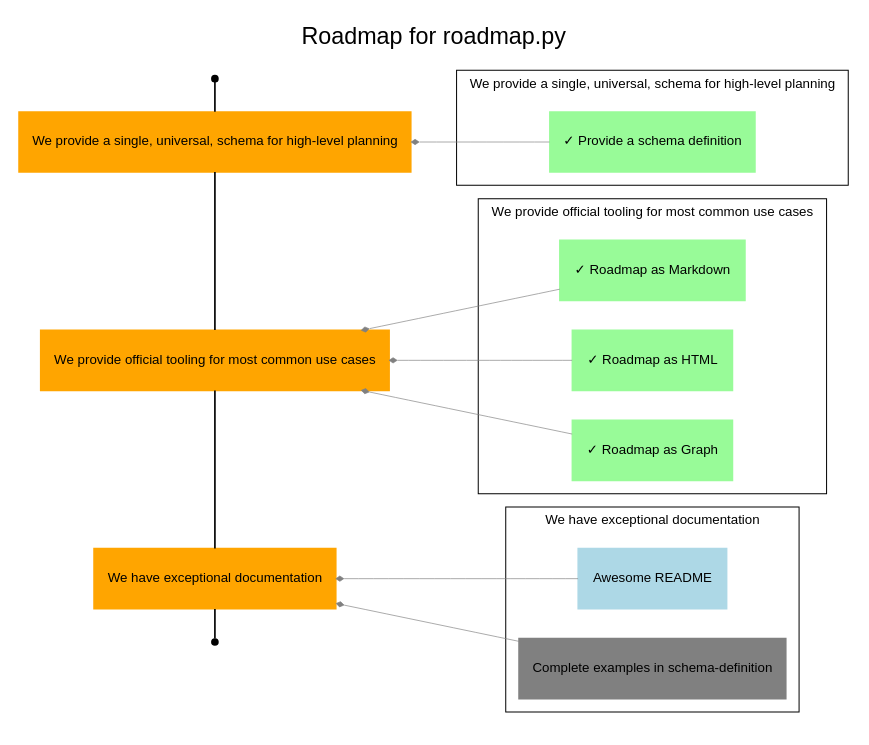
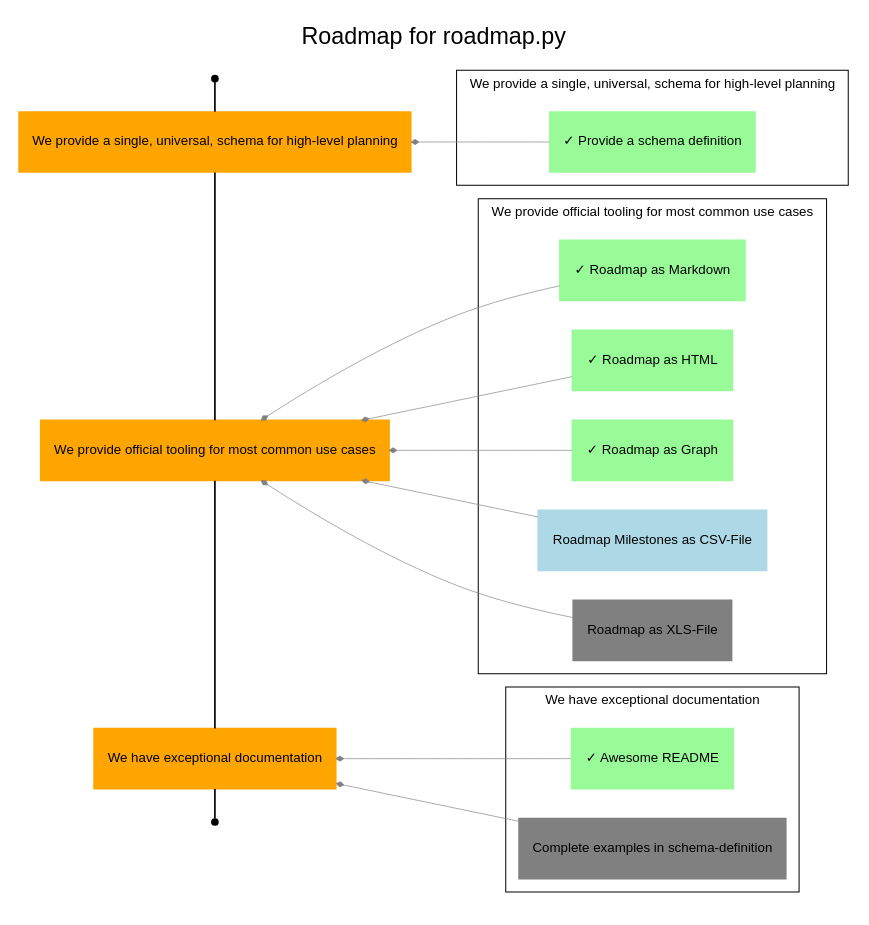
The diagram in roadmap/roadmap.dot (uroflavin/roadmap), drawn with Graphviz before and after one commit. The commit also changed 8 other files, not shown here.

Commit message:
added csv-template for roadmap milestones and deliverables

```diff
--- a/roadmap/roadmap.dot
+++ b/roadmap/roadmap.dot
@@ -1,121 +1,137 @@
 digraph Roadmap {
   rankdir=RL;
   label="Roadmap for roadmap.py"
   tooltip="This is the planning roadmap for the [uroflavin/roadmap](https://github.com/uroflavin/roadmap) project. 
 It acts as both the plan for implementing this tool as well as a demonstration of what a roadmap might look like.
 
 One good example is this roadmap itself. 
 What to-do and what is already done to implement roadmap.py can you see in this picture.
 
 ![Roadmap Objectives and Keyresults, rendered from roadmap.yml](roadmap.dot.png)
 
 One of the things you'll immediately notice about this file is that it uses *Markdown* for formatting of text and is designed around a structured YAML schema. 
 The goal is to make this as easy as possible for humans to read and reason about, while also enabling powerful visualizations to be generated based on the content.
 ";
   fontname="Arial";
   labelloc="t";
 
   node[style="filled",shape="rectangle",color="orange",fontname="Arial",fontsize=8];
   edge[weight=1,group="milestones",arrowhead="none"];
 
   {
 	rank=same;
 
 	start[label="Start",shape="point",color="",tooltip="This is the start of your roadmap."];
     end[label="End",shape="point",color="",tooltip="This is the end of your roadmap."];
     
     
     o1 [label="We provide a single, universal, schema for high-level planning",tooltip="The goal of this project is, primarily, to provide a single schema that can be used by different teams to describe the work they are doing and their future intentions. 
 The usefulness and applicability of this schema to real-world problem domains will determine whether anything else we do here is of value.
 "];
         
             "start" -> o1;
         
     o2 [label="We provide official tooling for most common use cases",tooltip="While the goal of having a single unified schema for planning is that it enables the development of tools that automate various aspects of planning, most teams are not going to adopt this if the fundamentals aren't already solved for them. 
 This includes things like being able to visualize your road map in common formats, validating it against the schema etc.
 "];
         
             o1 -> o2;
         
     o3 [label="We have exceptional documentation",tooltip="Adoption of something intended to make planning easier is only going to be successful if it is easy to use, and a critical part of that is great documentation. 
 Our goal is that someone with no familiarity with our tooling can ramp up and have an initial road map ready for use within only a few minutes.
 "];
         
             o2 -> o3;
         
             o3 -> "end" ;
         }
   node[color="grey"];
   edge[weight=5,color="grey",penwidth=0.4,arrowsize=0.4,group="dependencies",arrowhead="diamond"];
 
   
         
         subgraph cluster_o1 {
             label="We provide a single, universal, schema for high-level planning";
             tooltip="The goal of this project is, primarily, to provide a single schema that can be used by different teams to describe the work they are doing and their future intentions. 
 The usefulness and applicability of this schema to real-world problem domains will determine whether anything else we do here is of value.
 ";
             fontsize=8;
             penwidth=0.6;
             
                 
                 
                     
                 o1_r1 [label="✓ Provide a schema definition",tooltip="Develop a schema that fulfills the main requirements of the objective",color="palegreen"];
                 o1_r1 -> o1;
             }
     
         
         subgraph cluster_o2 {
             label="We provide official tooling for most common use cases";
             tooltip="While the goal of having a single unified schema for planning is that it enables the development of tools that automate various aspects of planning, most teams are not going to adopt this if the fundamentals aren't already solved for them. 
 This includes things like being able to visualize your road map in common formats, validating it against the schema etc.
 ";
             fontsize=8;
             penwidth=0.6;
             
                 
                 
                     
                 o2_r1 [label="✓ Roadmap as Markdown",tooltip="We should be able to generate some markdown out of roadmap.yml
 ",color="palegreen"];
                 o2_r1 -> o2;
             
                 
                 
                     
                 o2_r2 [label="✓ Roadmap as HTML",tooltip="We should be able to generate some html out of roadmap.yml
 ",color="palegreen"];
                 o2_r2 -> o2;
             
                 
                 
                     
                 o2_r3 [label="✓ Roadmap as Graph",tooltip="We should be able to generate some dot out of roadmap.yml
 ",color="palegreen"];
                 o2_r3 -> o2;
+            
+                
+                
+                    
+                o2_r4 [label="Roadmap Milestones as CSV-File",tooltip="Excel is THE projectmanagement tool. 
+To render some progress in your favorite tool ;-) we should be able to generate some csv out of roadmap.yml-milestone and deliverables.
+CSV is limited capable for exporting everything, so this would be a good first step towards Roadmap als XLS-File.
+",color="lightblue"];
+                o2_r4 -> o2;
+            
+                
+                
+                    
+                o2_r5 [label="Roadmap as XLS-File",tooltip="We should be able to generate some xls out of roadmap.yml
+",color="grey"];
+                o2_r5 -> o2;
             }
     
         
         subgraph cluster_o3 {
             label="We have exceptional documentation";
             tooltip="Adoption of something intended to make planning easier is only going to be successful if it is easy to use, and a critical part of that is great documentation. 
 Our goal is that someone with no familiarity with our tooling can ramp up and have an initial road map ready for use within only a few minutes.
 ";
             fontsize=8;
             penwidth=0.6;
             
                 
                 
                     
-                o3_r1 [label="Awesome README",tooltip="We need to complete our README explaining the purpose of this project and giving some basic examples of its use.
-",color="lightblue"];
+                o3_r1 [label="✓ Awesome README",tooltip="We need to complete our README explaining the purpose of this project and giving some basic examples of its use.
+",color="palegreen"];
                 o3_r1 -> o3;
             
                 
                 
                     
                 o3_r2 [label="Complete examples in schema-definition",tooltip="Complete the examples so that every user of the schema is able to find suitable examples for their specific use cases",color="grey"];
                 o3_r2 -> o3;
             }
     }
```
